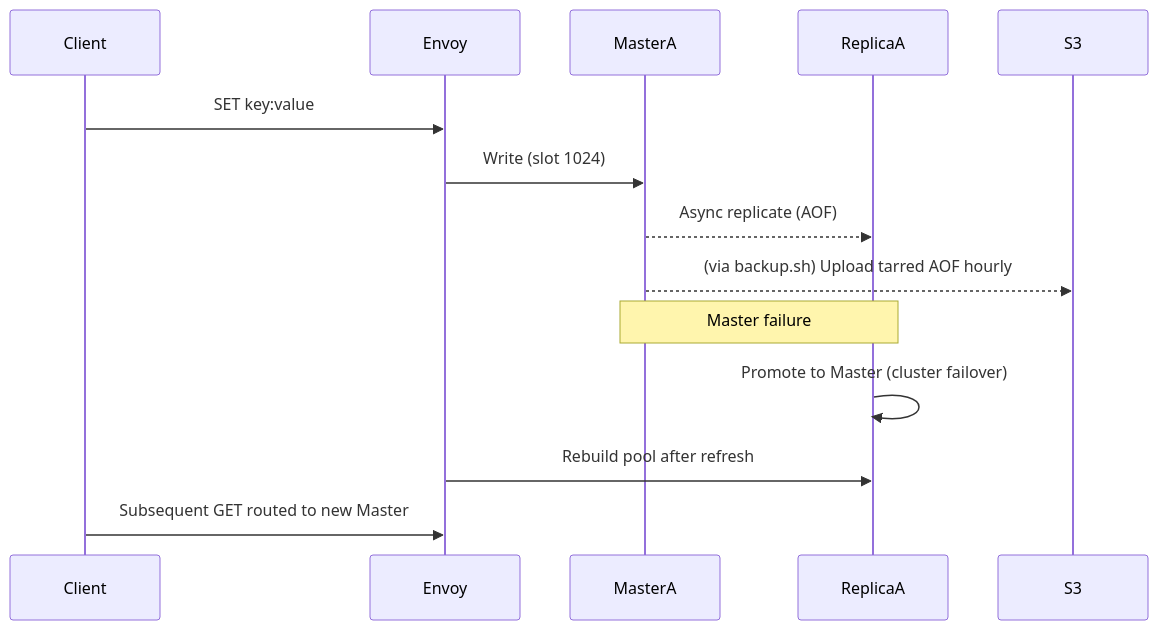
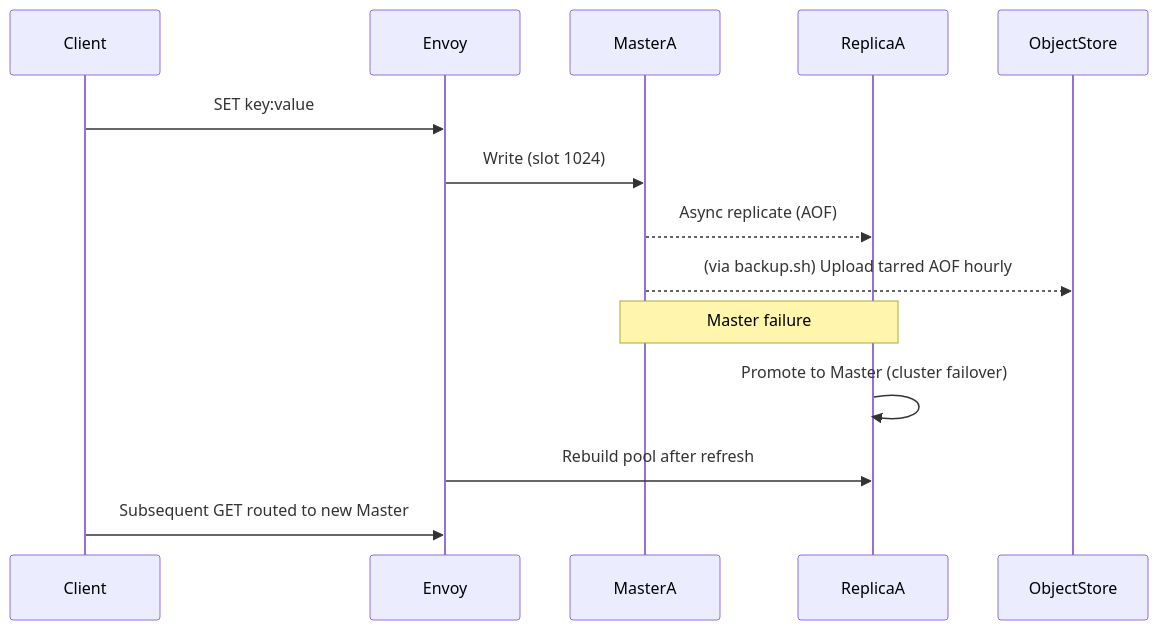
Before and after one commit to siyamsarker/RedisForge: the third of 3 diagrams in README.md, drawn with Mermaid. The commit also changed other lines of this file, not shown here.

````diff
--- a/README.md
+++ b/README.md
@@ -153,18 +153,18 @@
 ```mermaid
 sequenceDiagram
     participant Client
     participant Envoy
     participant MasterA
     participant ReplicaA
-    participant S3
+    participant ObjectStore
 
     Client->>Envoy: SET key:value
     Envoy->>MasterA: Write (slot 1024)
     MasterA-->>ReplicaA: Async replicate (AOF)
-    MasterA-->>S3: (via backup.sh) Upload tarred AOF hourly
+    MasterA-->>ObjectStore: (via backup.sh) Upload tarred AOF hourly
 
     Note over MasterA,ReplicaA: Master failure
     ReplicaA->>ReplicaA: Promote to Master (cluster failover)
     Envoy->>ReplicaA: Rebuild pool after refresh
     Client->>Envoy: Subsequent GET routed to new Master
 ```
````
